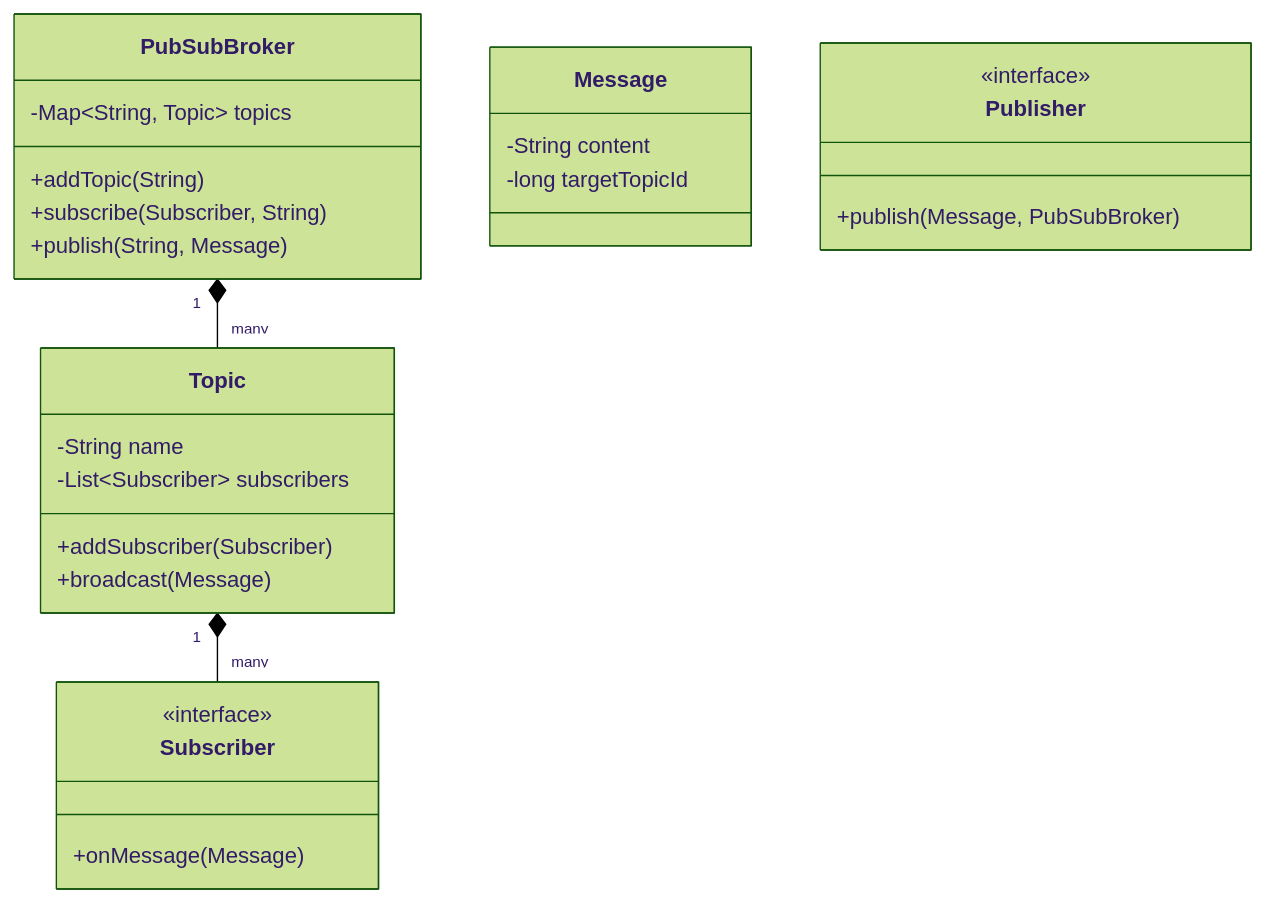
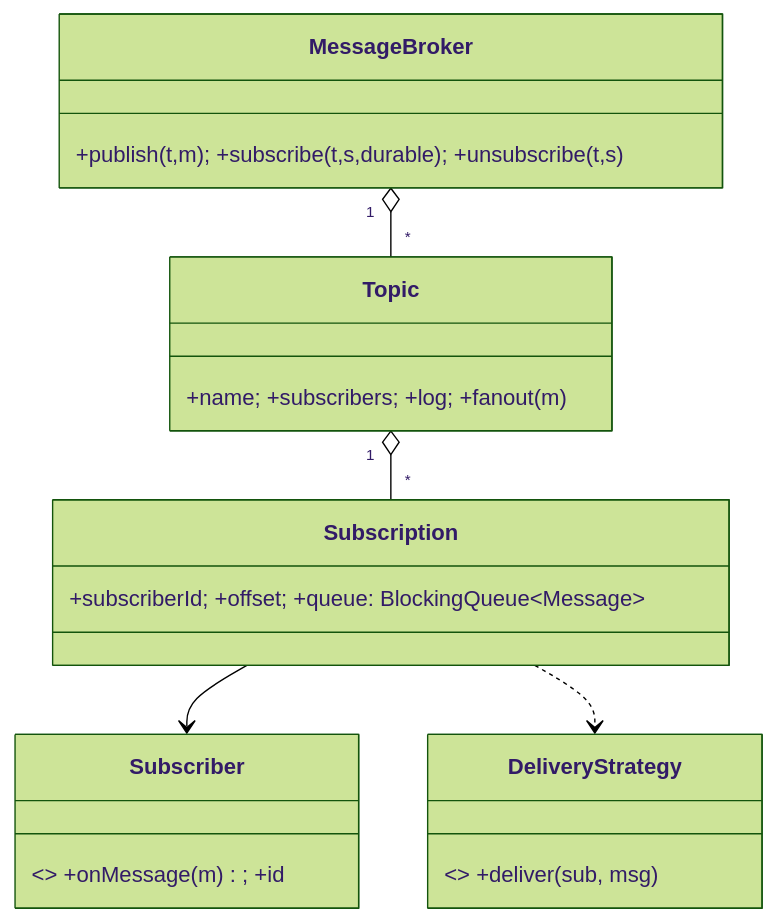
One commit to pidwid/InterviewPrepHub changed the diagram in Notes/LowLevelDesign/Solutions/Solution-Pub-Sub.md. Above: the diagram before and after it, drawn with Mermaid (forest theme). The commit also changed other lines of this file and 10 other files, not shown here.

````diff
--- a/Notes/LowLevelDesign/Solutions/Solution-Pub-Sub.md
+++ b/Notes/LowLevelDesign/Solutions/Solution-Pub-Sub.md
@@ -36,34 +32,12 @@
 ```mermaid
 classDiagram
-    class PubSubBroker {
-        -Map~String, Topic~ topics
-        +addTopic(String)
-        +subscribe(Subscriber, String)
-        +publish(String, Message)
-    }
-
-    class Topic {
-        -String name
-        -List~Subscriber~ subscribers
-        +addSubscriber(Subscriber)
-        +broadcast(Message)
-    }
-
-    class Message {
-        -String content
-        -long targetTopicId
-    }
-
-    class Subscriber {
-        <<interface>>
-        +onMessage(Message)
-    }
-
-    class Publisher {
-        <<interface>>
-        +publish(Message, PubSubBroker)
-    }
-
-    PubSubBroker "1" *-- "many" Topic
-    Topic "1" *-- "many" Subscriber
+  class MessageBroker { +publish(t,m); +subscribe(t,s,durable); +unsubscribe(t,s) }
+  class Topic { +name; +subscribers; +log; +fanout(m) }
+  class Subscription { +subscriberId; +offset; +queue: BlockingQueue~Message~ }
+  class Subscriber { <<interface>> +onMessage(m); +id }
+  class DeliveryStrategy { <<interface>> +deliver(sub, msg) }
+  MessageBroker "1" o-- "*" Topic
+  Topic "1" o-- "*" Subscription
+  Subscription --> Subscriber
+  Subscription ..> DeliveryStrategy
 ```
````
